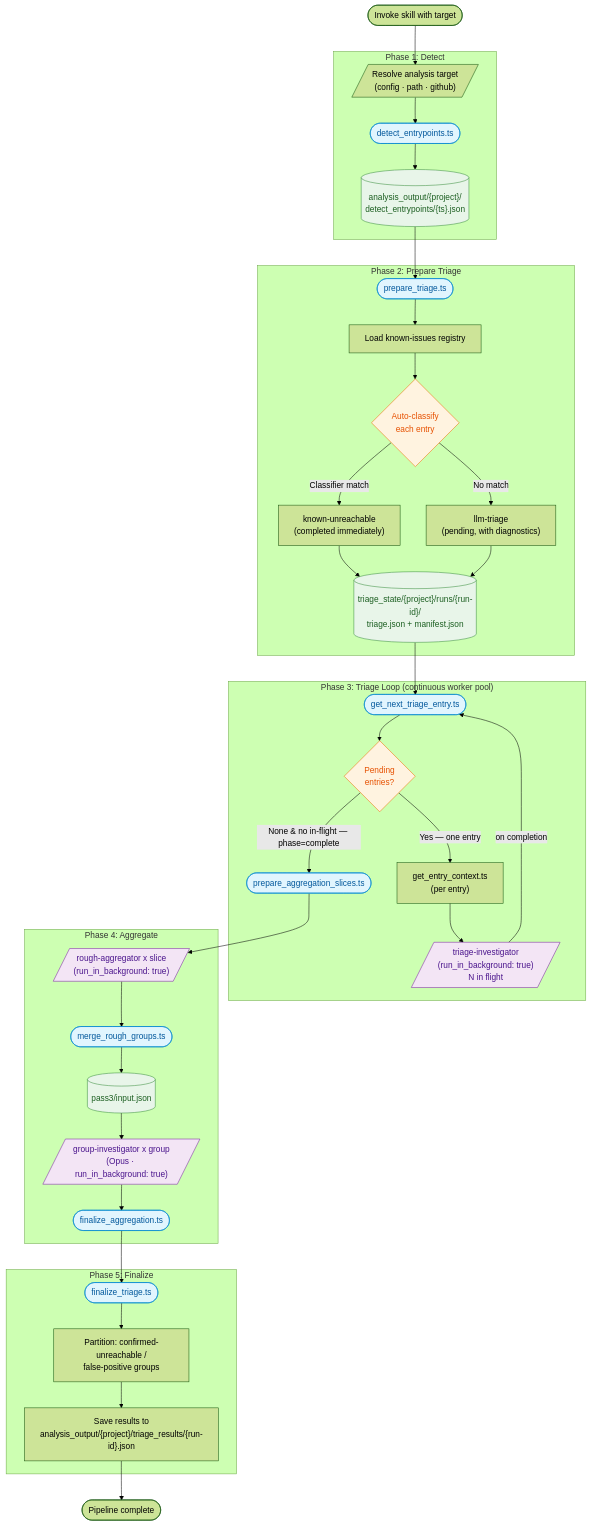
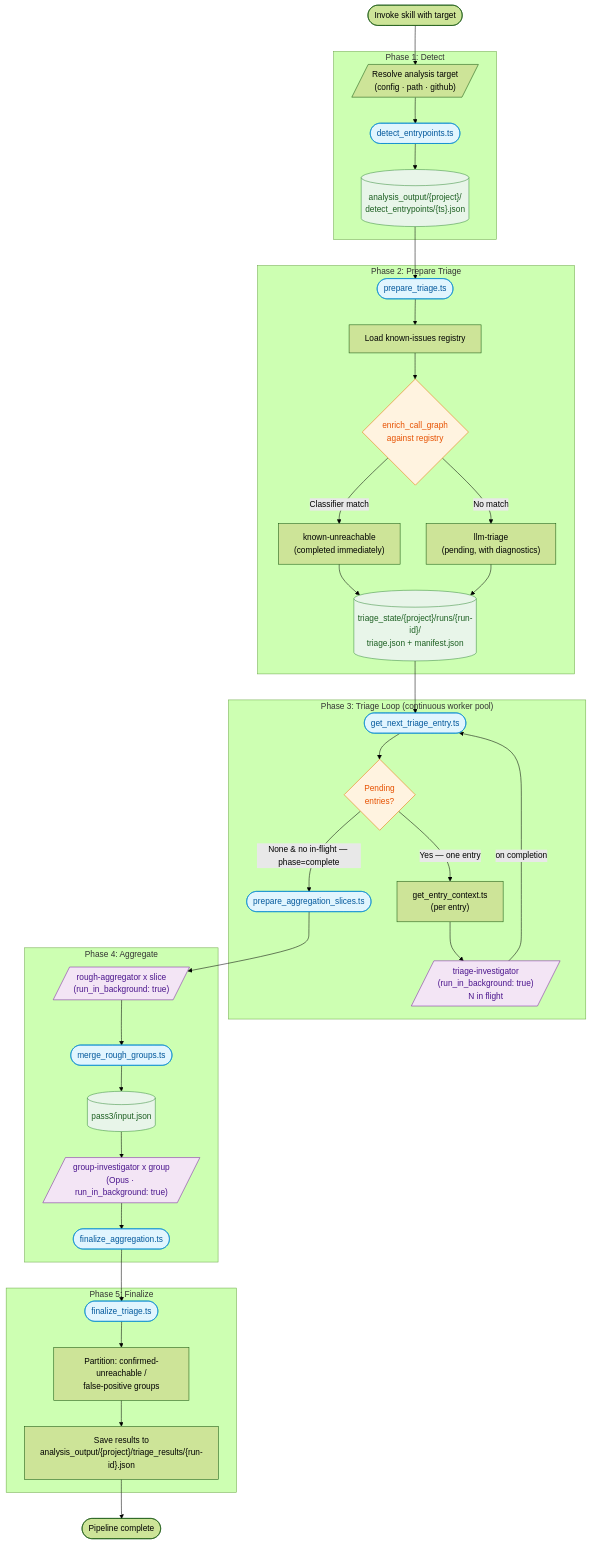
One commit to CRJFisher/ariadne changed the diagram in .claude/skills/self-repair-pipeline/README.md. Above: the diagram before and after it, drawn with Mermaid (forest theme). The commit also changed 6 other files, not shown here.

````diff
--- a/.claude/skills/self-repair-pipeline/README.md
+++ b/.claude/skills/self-repair-pipeline/README.md
@@ -11,67 +11,67 @@
 ```mermaid
 flowchart TD
     START(["Invoke skill with target"]) --> RESOLVE
 
     %% ── Phase 1: Detect ─────────────────────────────────────
     subgraph P1["Phase 1: Detect"]
         RESOLVE[/"Resolve analysis target<br/>(config · path · github)"/]
         RESOLVE --> DETECT(["detect_entrypoints.ts"])
         DETECT --> ANALYSIS[("analysis_output/{project}/<br/>detect_entrypoints/{ts}.json")]
     end
 
     ANALYSIS --> PREPARE
 
     %% ── Phase 2: Prepare Triage ──────────────────────────────
     subgraph P2["Phase 2: Prepare Triage"]
         PREPARE(["prepare_triage.ts"]) --> LOAD_REG["Load known-issues registry"]
-        LOAD_REG --> CLASSIFY{"Auto-classify<br/>each entry"}
+        LOAD_REG --> CLASSIFY{"enrich_call_graph<br/>against registry"}
         CLASSIFY -->|"Classifier match"| KNOWN_UR["known-unreachable<br/>(completed immediately)"]
         CLASSIFY -->|"No match"| LLM_TRIAGE["llm-triage<br/>(pending, with diagnostics)"]
         KNOWN_UR --> STATE
         LLM_TRIAGE --> STATE
         STATE[("triage_state/{project}/runs/{run-id}/<br/>triage.json + manifest.json")]
     end
 
     STATE --> LOOP_ENTRY
 
     %% ── Phase 3: Triage Loop ─────────────────────────────────
     subgraph P3["Phase 3: Triage Loop (continuous worker pool)"]
         LOOP_ENTRY(["get_next_triage_entry.ts"]) --> POOL_CHECK{"Pending<br/>entries?"}
         POOL_CHECK -->|"Yes — one entry"| CONTEXT["get_entry_context.ts<br/>(per entry)"]
         CONTEXT --> INVESTIGATORS[/"triage-investigator<br/>(run_in_background: true)<br/>N in flight"/]
         INVESTIGATORS -->|"on completion"| LOOP_ENTRY
         POOL_CHECK -->|"None &amp; no in-flight — phase=complete"| AGG_START
     end
 
     %% ── Phase 4: Aggregate ───────────────────────────────────
     subgraph P4["Phase 4: Aggregate"]
         AGG_START(["prepare_aggregation_slices.ts"])
         AGG_START --> ROUGH[/"rough-aggregator x slice<br/>(run_in_background: true)"/]
         ROUGH --> MERGE_ROUGH(["merge_rough_groups.ts"])
         MERGE_ROUGH --> PASS3_INPUT[("pass3/input.json")]
         PASS3_INPUT --> INVESTIGATORS2[/"group-investigator x group<br/>(Opus · run_in_background: true)"/]
         INVESTIGATORS2 --> FINALIZE_AGG(["finalize_aggregation.ts"])
     end
 
     FINALIZE_AGG --> FINALIZE
 
     %% ── Phase 5: Finalize ────────────────────────────────────
     subgraph P5["Phase 5: Finalize"]
         FINALIZE(["finalize_triage.ts"])
         FINALIZE --> PARTITION["Partition: confirmed-unreachable /<br/>false-positive groups"]
         PARTITION --> SAVE["Save results to<br/>analysis_output/{project}/triage_results/{run-id}.json"]
     end
 
     SAVE --> DONE(["Pipeline complete"])
 
     %% ── Styling ──────────────────────────────────────────────
     classDef script fill:#e1f5fe,stroke:#0288d1,color:#01579b
     classDef agent fill:#f3e5f5,stroke:#7b1fa2,color:#4a148c
     classDef decision fill:#fff3e0,stroke:#ef6c00,color:#e65100
     classDef data fill:#e8f5e9,stroke:#388e3c,color:#1b5e20
 
     class DETECT,PREPARE,FINALIZE,LOOP_ENTRY,AGG_START,MERGE_ROUGH,FINALIZE_AGG script
     class INVESTIGATORS,INVESTIGATORS2,ROUGH agent
     class CLASSIFY,POOL_CHECK decision
     class ANALYSIS,STATE,PASS3_INPUT data
 ```
````
